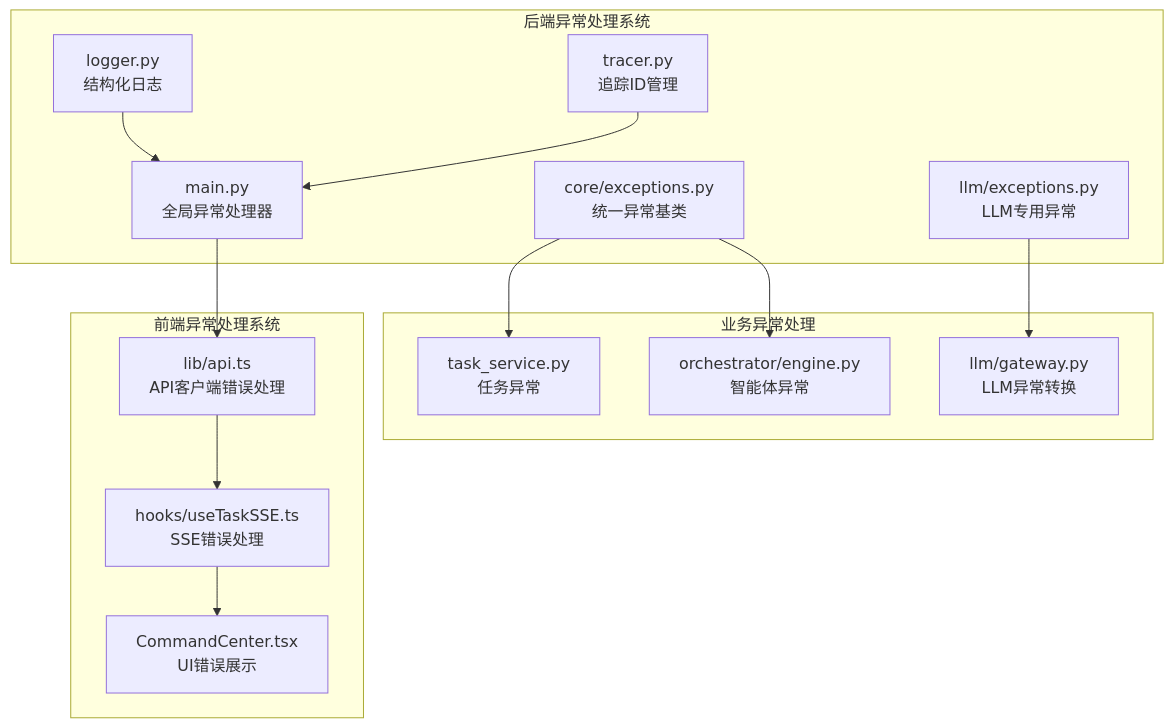
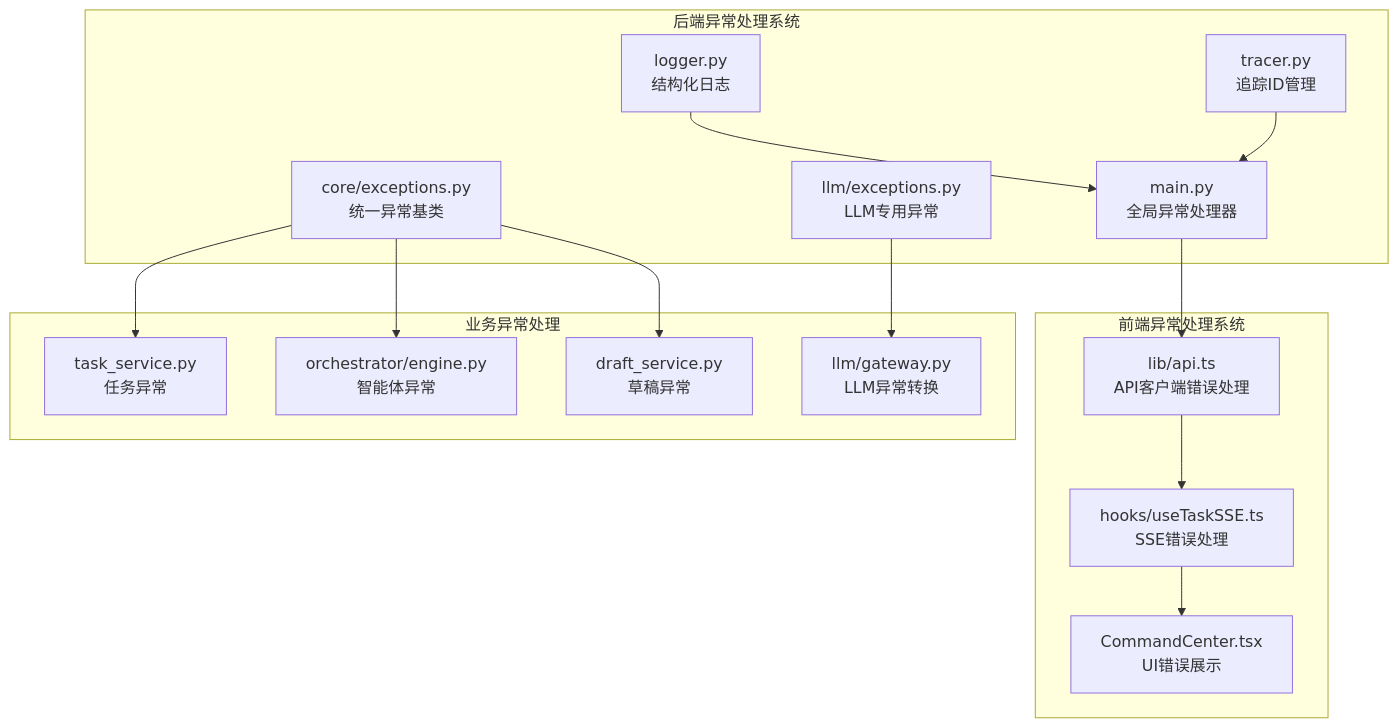
The first of 13 diagrams in .qoder/repowiki/zh/content/Exception Handling System.md (sansansansansan2022-web/hotclaw), drawn with Mermaid before and after one commit. The commit also changed other lines of this file and 44 other files, not shown here.

````diff
--- a/.qoder/repowiki/zh/content/Exception Handling System.md
+++ b/.qoder/repowiki/zh/content/Exception Handling System.md
@@ -45,28 +51,30 @@
 ```mermaid
 graph TB
 subgraph "后端异常处理系统"
 BE1[core/exceptions.py<br/>统一异常基类]
 BE2[llm/exceptions.py<br/>LLM专用异常]
 BE3[main.py<br/>全局异常处理器]
 BE4[logger.py<br/>结构化日志]
 BE5[tracer.py<br/>追踪ID管理]
 end
 subgraph "业务异常处理"
 BUS1[task_service.py<br/>任务异常]
 BUS2[orchestrator/engine.py<br/>智能体异常]
 BUS3[llm/gateway.py<br/>LLM异常转换]
+BUS4[draft_service.py<br/>草稿异常]
 end
 subgraph "前端异常处理系统"
 FE1[lib/api.ts<br/>API客户端错误处理]
 FE2[hooks/useTaskSSE.ts<br/>SSE错误处理]
 FE3[CommandCenter.tsx<br/>UI错误展示]
 end
 BE1 --> BUS1
 BE1 --> BUS2
+BE1 --> BUS4
 BE2 --> BUS3
 BE3 --> FE1
 BE4 --> BE3
 BE5 --> BE3
 FE1 --> FE2
 FE2 --> FE3
 ```
````
